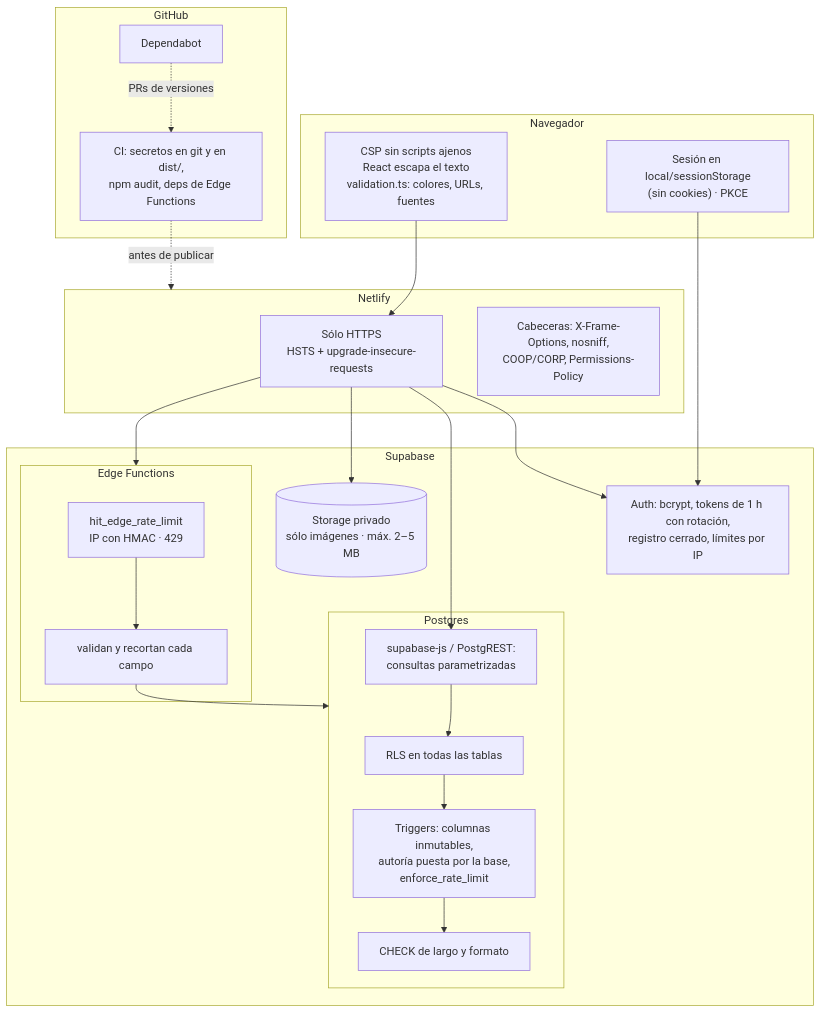
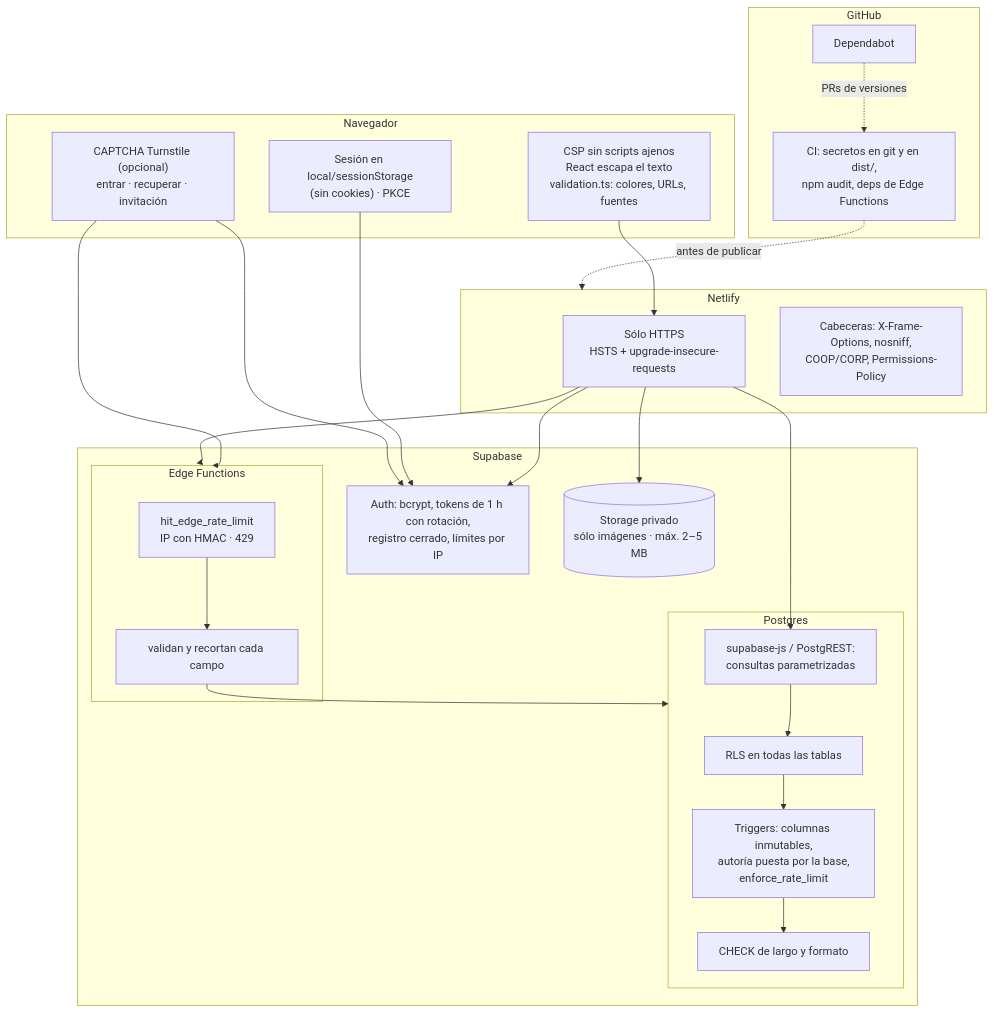
Before and after one commit to Juan-Carlos-Estevez-Vargas/Camila-Sanchez: diagram 38 of 41 in docs/DIAGRAMAS.md, drawn with Mermaid. The commit also changed other lines of this file and 20 other files, not shown here.

First line of the commit message:
feat(seguridad): CAPTCHA opcional con Cloudflare Turnstile

````diff
--- a/docs/DIAGRAMAS.md
+++ b/docs/DIAGRAMAS.md
@@ -895,38 +908,41 @@
 ```mermaid
 flowchart TB
   subgraph Navegador
     CSP["CSP sin scripts ajenos<br/>React escapa el texto<br/>validation.ts: colores, URLs, fuentes"]
     SES["Sesión en local/sessionStorage<br/>(sin cookies) · PKCE"]
+    CAP["CAPTCHA Turnstile (opcional)<br/>entrar · recuperar · invitación"]
   end
   subgraph Netlify
     HTTPS["Sólo HTTPS<br/>HSTS + upgrade-insecure-requests"]
     HDR["Cabeceras: X-Frame-Options, nosniff,<br/>COOP/CORP, Permissions-Policy"]
   end
   subgraph Supabase
     AUTH["Auth: bcrypt, tokens de 1 h con rotación,<br/>registro cerrado, límites por IP"]
     subgraph EF["Edge Functions"]
       RL["hit_edge_rate_limit<br/>IP con HMAC · 429"]
       VAL["validan y recortan cada campo"]
     end
     subgraph PG["Postgres"]
       RLS["RLS en todas las tablas"]
       TRG["Triggers: columnas inmutables,<br/>autoría puesta por la base,<br/>enforce_rate_limit"]
       CHK["CHECK de largo y formato"]
       PRM["supabase-js / PostgREST:<br/>consultas parametrizadas"]
     end
     ST[("Storage privado<br/>sólo imágenes · máx. 2–5 MB")]
   end
   subgraph GitHub
     CI["CI: secretos en git y en dist/,<br/>npm audit, deps de Edge Functions"]
     DB2["Dependabot"]
   end
 
   CSP --> HTTPS --> AUTH
   SES --> AUTH
+  CAP --> AUTH
+  CAP --> EF
   HTTPS --> EF
   HTTPS --> PRM --> RLS --> TRG --> CHK
   RL --> VAL --> PG
   HTTPS --> ST
   CI -. "antes de publicar" .-> Netlify
   DB2 -. "PRs de versiones" .-> CI
 ```
````
